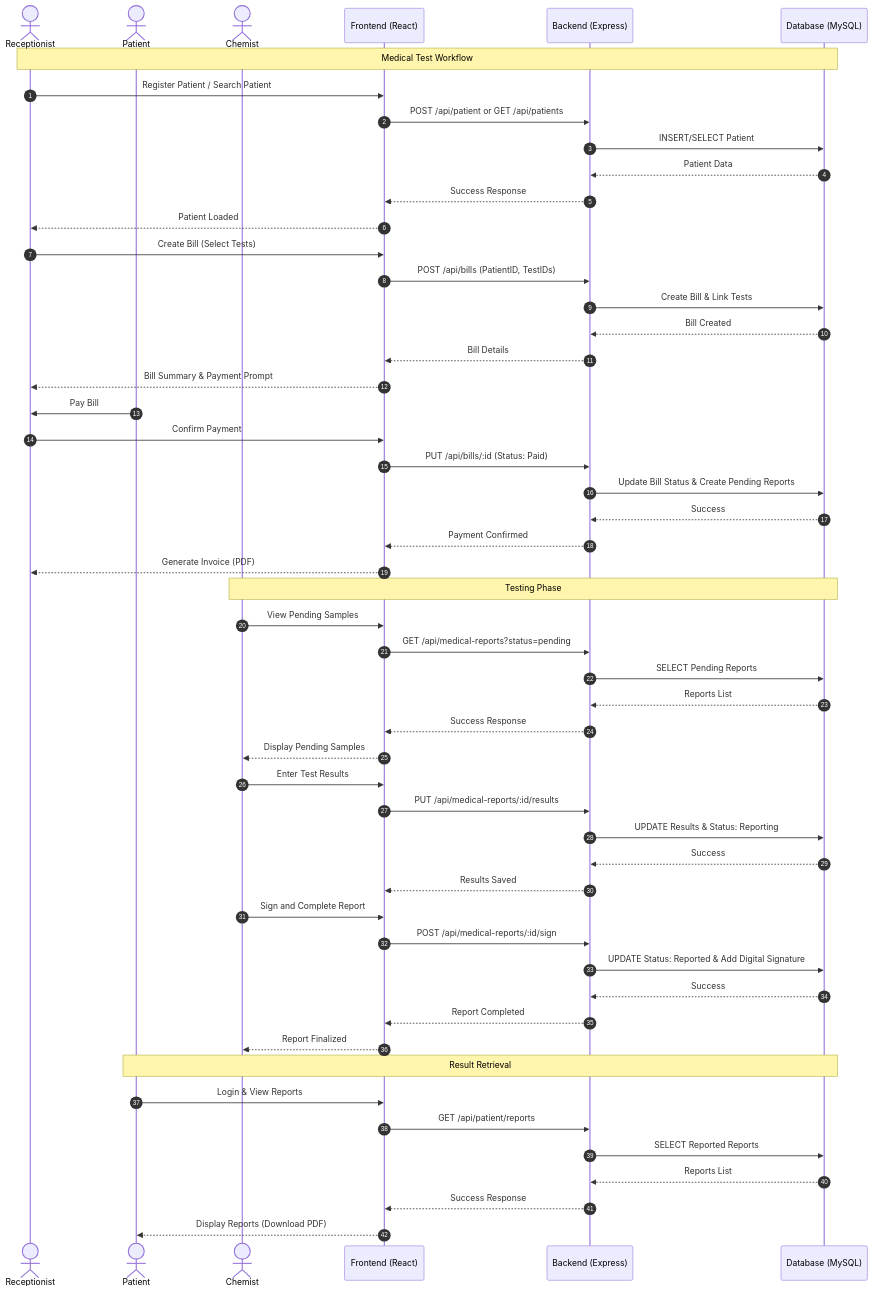
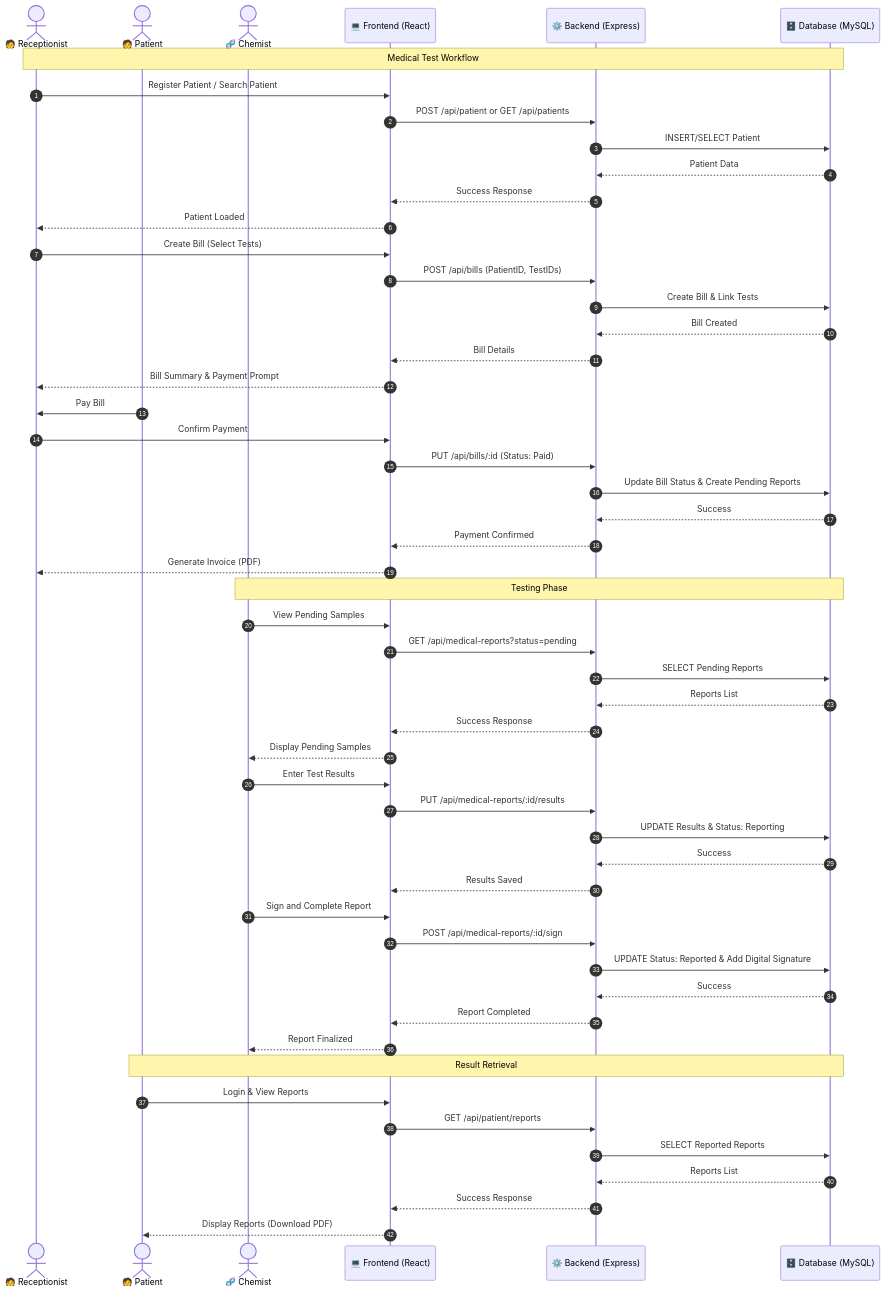
The diagram in documentation/uml/sequence_diagram.md (mohab-kamle/Lab-Manager), drawn with Mermaid before and after one commit. The commit also changed other lines of this file and 34 other files, not shown here.

````diff
--- a/documentation/uml/sequence_diagram.md
+++ b/documentation/uml/sequence_diagram.md
@@ -1,65 +9,65 @@
 ```mermaid
 sequenceDiagram
     autonumber
-    actor R as Receptionist
-    actor P as Patient
-    actor C as Chemist
-    participant F as Frontend (React)
-    participant B as Backend (Express)
-    participant DB as Database (MySQL)
+    actor R as 🧑 Receptionist
+    actor P as 🧑 Patient
+    actor C as 🧬 Chemist
+    participant F as 💻 Frontend (React)
+    participant B as ⚙️ Backend (Express)
+    participant DB as 🗄️ Database (MySQL)
 
     Note over R, DB: Medical Test Workflow
 
     R->>F: Register Patient / Search Patient
     F->>B: POST /api/patient or GET /api/patients
     B->>DB: INSERT/SELECT Patient
     DB-->>B: Patient Data
     B-->>F: Success Response
     F-->>R: Patient Loaded
 
     R->>F: Create Bill (Select Tests)
     F->>B: POST /api/bills (PatientID, TestIDs)
     B->>DB: Create Bill & Link Tests
     DB-->>B: Bill Created
     B-->>F: Bill Details
     F-->>R: Bill Summary & Payment Prompt
 
     P->>R: Pay Bill
     R->>F: Confirm Payment
     F->>B: PUT /api/bills/:id (Status: Paid)
     B->>DB: Update Bill Status & Create Pending Reports
     DB-->>B: Success
     B-->>F: Payment Confirmed
     F-->>R: Generate Invoice (PDF)
 
     Note over C, DB: Testing Phase
 
     C->>F: View Pending Samples
     F->>B: GET /api/medical-reports?status=pending
     B->>DB: SELECT Pending Reports
     DB-->>B: Reports List
     B-->>F: Success Response
     F-->>C: Display Pending Samples
 
     C->>F: Enter Test Results
     F->>B: PUT /api/medical-reports/:id/results
     B->>DB: UPDATE Results & Status: Reporting
     DB-->>B: Success
     B-->>F: Results Saved
 
     C->>F: Sign and Complete Report
     F->>B: POST /api/medical-reports/:id/sign
     B->>DB: UPDATE Status: Reported & Add Digital Signature
     DB-->>B: Success
     B-->>F: Report Completed
     F-->>C: Report Finalized
 
     Note over P, DB: Result Retrieval
 
     P->>F: Login & View Reports
     F->>B: GET /api/patient/reports
     B->>DB: SELECT Reported Reports
     DB-->>B: Reports List
     B-->>F: Success Response
     F-->>P: Display Reports (Download PDF)
 ```
````
